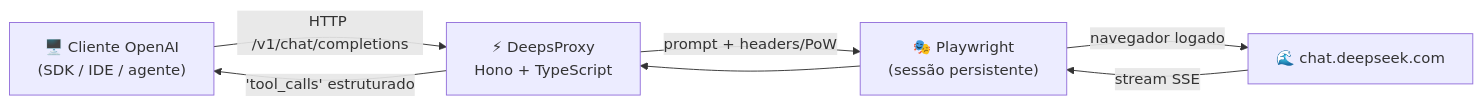
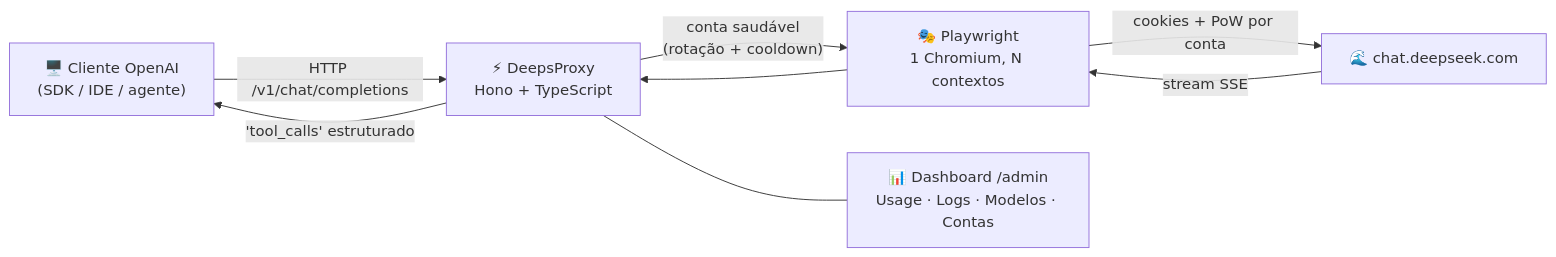
Before and after one commit to Panhard-Dev/deepsproxy: the diagram in README.md, drawn with Mermaid. The commit also changed other lines of this file and 16 other files, not shown here.

First line of the commit message:
Add admin dashboard, multi-account stacking and auto-login

````diff
--- a/README.md
+++ b/README.md
@@ -20,9 +51,10 @@
 ```mermaid
 flowchart LR
     A["🖥️ Cliente OpenAI<br/>(SDK / IDE / agente)"] -->|"HTTP /v1/chat/completions"| B["⚡ DeepsProxy<br/>Hono + TypeScript"]
-    B -->|"prompt + headers/PoW"| C["🎭 Playwright<br/>(sessão persistente)"]
-    C -->|"navegador logado"| D["🌊 chat.deepseek.com"]
+    B -->|"conta saudável<br/>(rotação + cooldown)"| C["🎭 Playwright<br/>1 Chromium, N contextos"]
+    C -->|"cookies + PoW por conta"| D["🌊 chat.deepseek.com"]
     D -->|"stream SSE"| C
     C --> B
     B -->|"'tool_calls' estruturado"| A
+    B --- E["📊 Dashboard /admin<br/>Usage · Logs · Modelos · Contas"]
 ```
````
